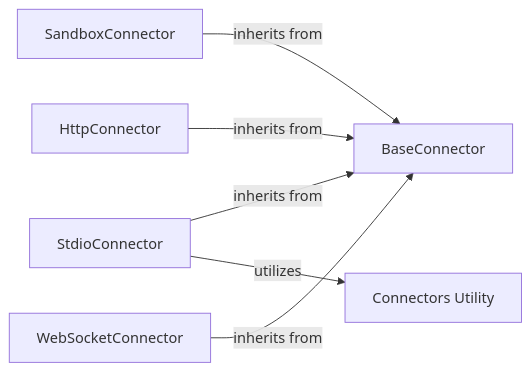
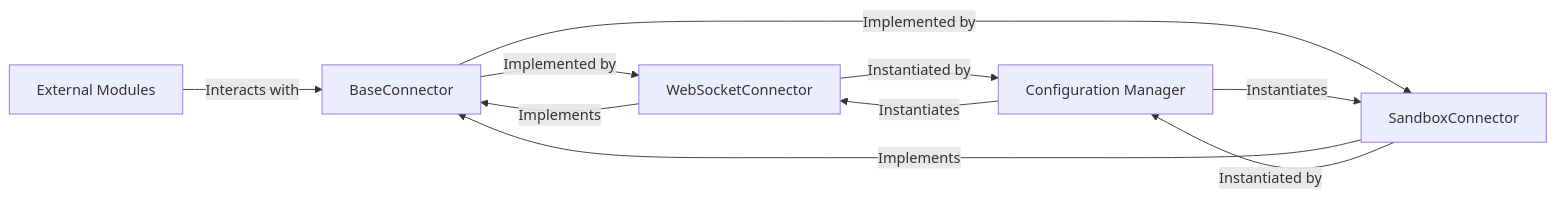
One commit to mcp-use/mcp-use changed the fifth of 7 diagrams in docs/development/architecture.mdx. Above: the diagram before and after it, drawn with Mermaid. The commit also changed other lines of this file and 27 other files, not shown here.

First line of the commit message:
docs: update codeboarding documentation and generate architecture

````diff
--- a/docs/development/architecture.mdx
+++ b/docs/development/architecture.mdx
@@ -217,14 +280,17 @@
 ```mermaid
 graph LR
     BaseConnector["BaseConnector"]
+    WebSocketConnector["WebSocketConnector"]
     SandboxConnector["SandboxConnector"]
-    StdioConnector["StdioConnector"]
-    HttpConnector["HttpConnector"]
-    WebSocketConnector["WebSocketConnector"]
-    Connectors_Utility["Connectors Utility"]
-    SandboxConnector -- "inherits from" --> BaseConnector
-    StdioConnector -- "inherits from" --> BaseConnector
-    HttpConnector -- "inherits from" --> BaseConnector
-    WebSocketConnector -- "inherits from" --> BaseConnector
-    StdioConnector -- "utilizes" --> Connectors_Utility
+    Configuration_Manager["Configuration Manager"]
+    External_Modules["External Modules"]
+    BaseConnector -- "Implemented by" --> WebSocketConnector
+    BaseConnector -- "Implemented by" --> SandboxConnector
+    WebSocketConnector -- "Implements" --> BaseConnector
+    WebSocketConnector -- "Instantiated by" --> Configuration_Manager
+    SandboxConnector -- "Implements" --> BaseConnector
+    SandboxConnector -- "Instantiated by" --> Configuration_Manager
+    Configuration_Manager -- "Instantiates" --> WebSocketConnector
+    Configuration_Manager -- "Instantiates" --> SandboxConnector
+    External_Modules -- "Interacts with" --> BaseConnector
 ```
````
